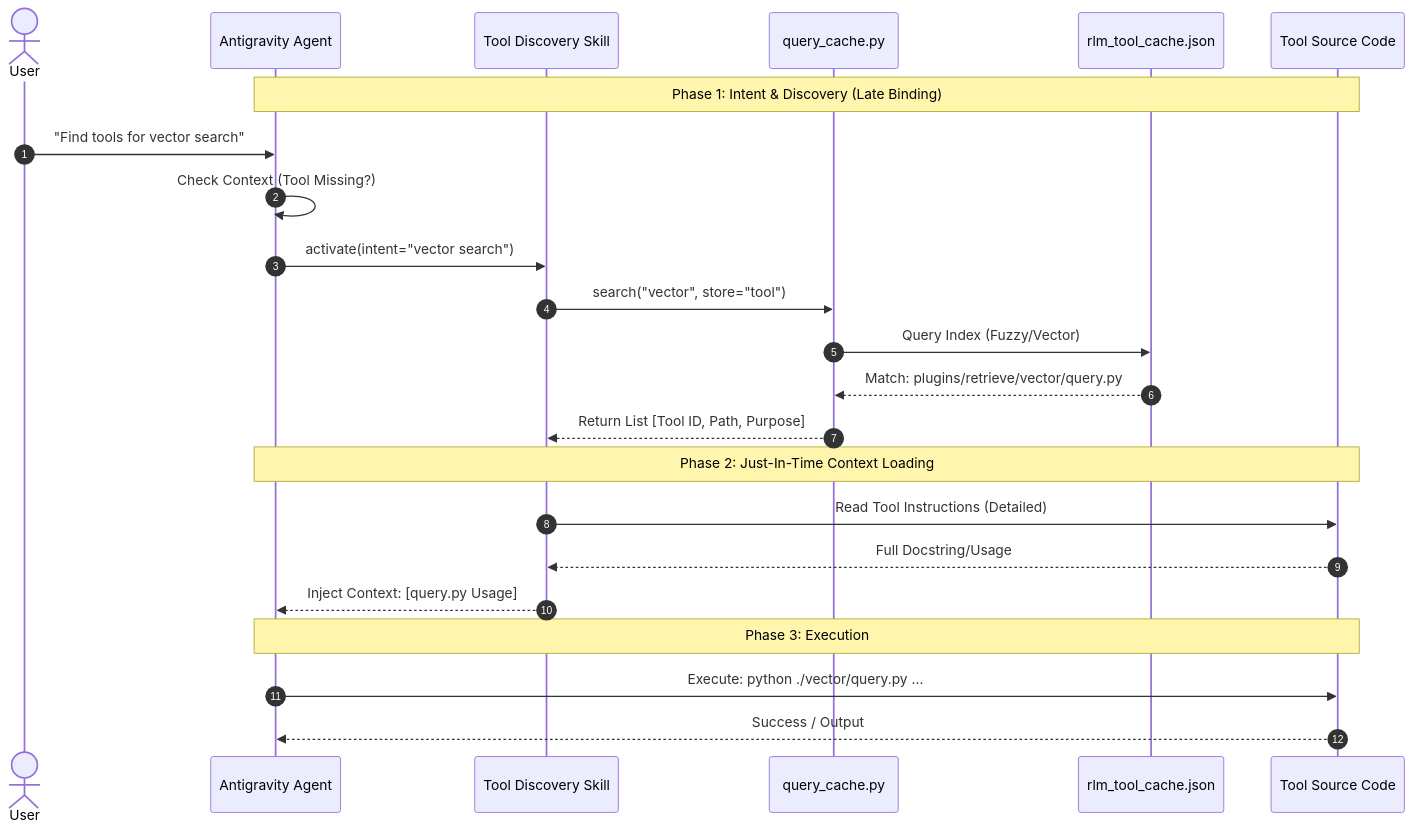
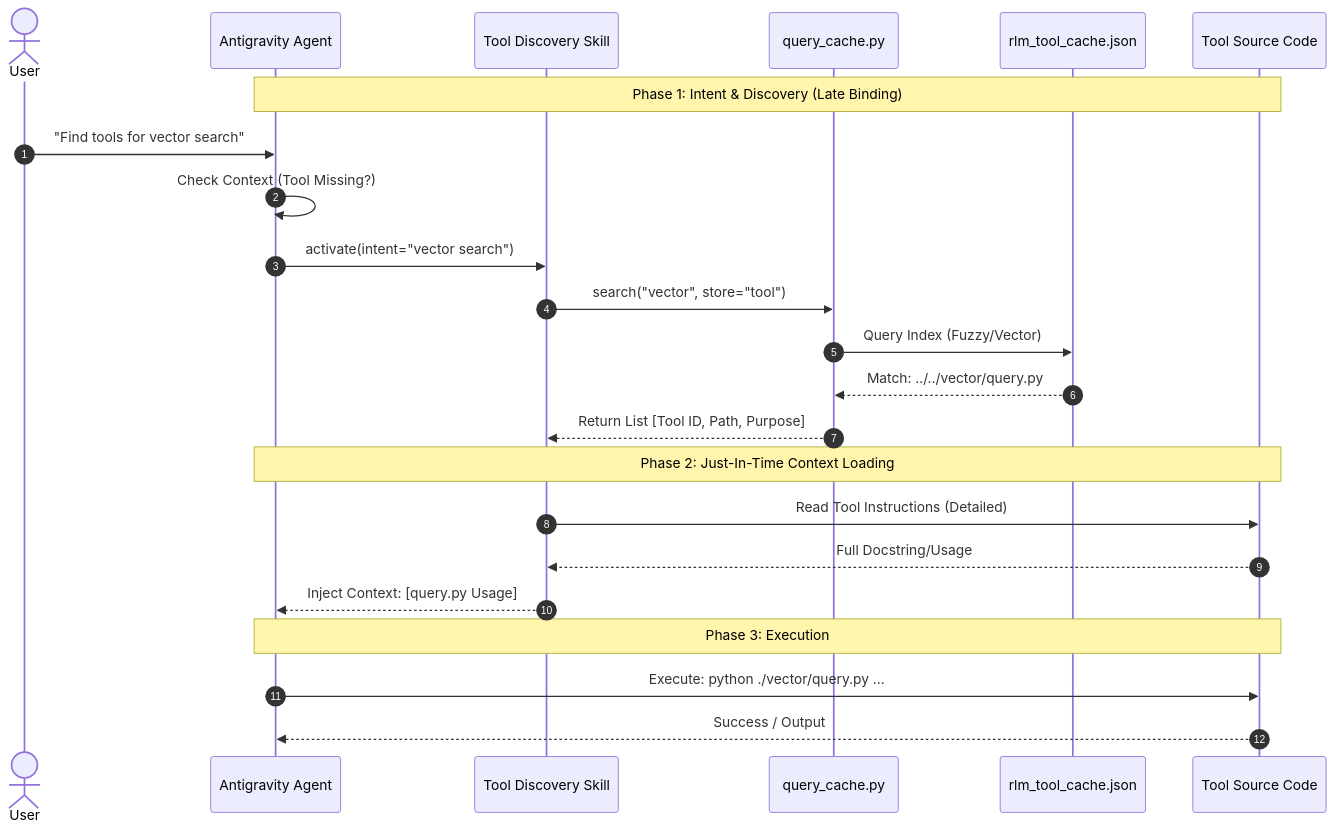
One commit to richfrem/agent-plugins-skills changed the diagram in plugins/rlm-factory/references/diagrams/rlm_late_binding_flow.mmd. Above: the diagram before and after it, drawn with Mermaid. The commit also changed 535 other files, not shown here.

```diff
--- a/plugins/rlm-factory/references/diagrams/rlm_late_binding_flow.mmd
+++ b/plugins/rlm-factory/references/diagrams/rlm_late_binding_flow.mmd
@@ -1,27 +1,27 @@
 sequenceDiagram
     autonumber
     actor User
     participant Agent as Antigravity Agent
     participant Skill as Tool Discovery Skill
     participant Search as query_cache.py
     participant Cache as rlm_tool_cache.json
     participant FileSystem as Tool Source Code
 
     note over Agent, FileSystem: Phase 1: Intent & Discovery (Late Binding)
     User->>Agent: "Find tools for vector search"
     Agent->>Agent: Check Context (Tool Missing?)
     Agent->>Skill: activate(intent="vector search")
     
     Skill->>Search: search("vector", store="tool")
     Search->>Cache: Query Index (Fuzzy/Vector)
-    Cache-->>Search: Match: plugins/retrieve/vector/query.py
+    Cache-->>Search: Match: ../../vector/query.py
     Search-->>Skill: Return List [Tool ID, Path, Purpose]
 
     note over Agent, FileSystem: Phase 2: Just-In-Time Context Loading
     Skill->>FileSystem: Read Tool Instructions (Detailed)
     FileSystem-->>Skill: Full Docstring/Usage
     Skill-->>Agent: Inject Context: [query.py Usage]
 
     note over Agent, FileSystem: Phase 3: Execution
     Agent->>FileSystem: Execute: python ./vector/query.py ...
     FileSystem-->>Agent: Success / Output
```
